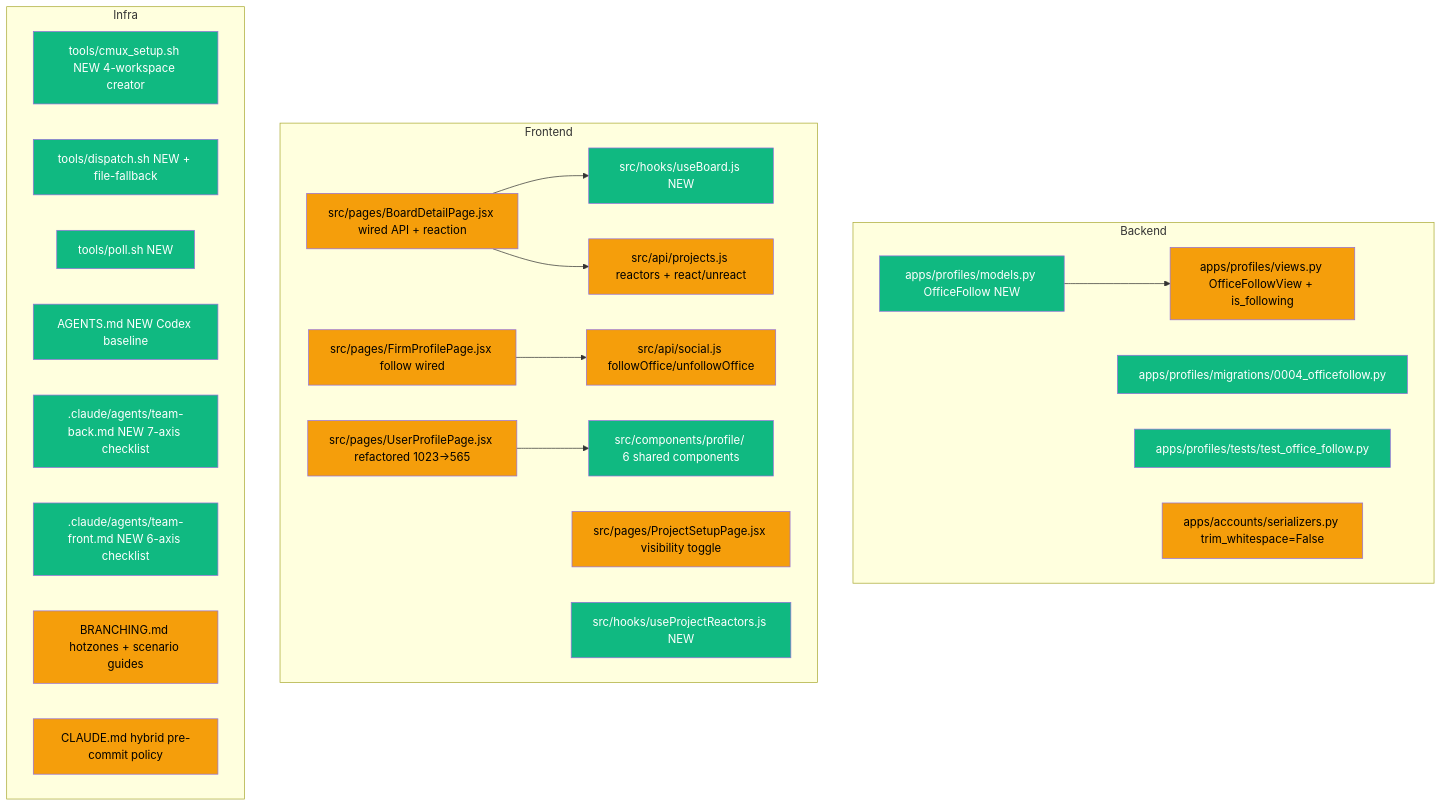
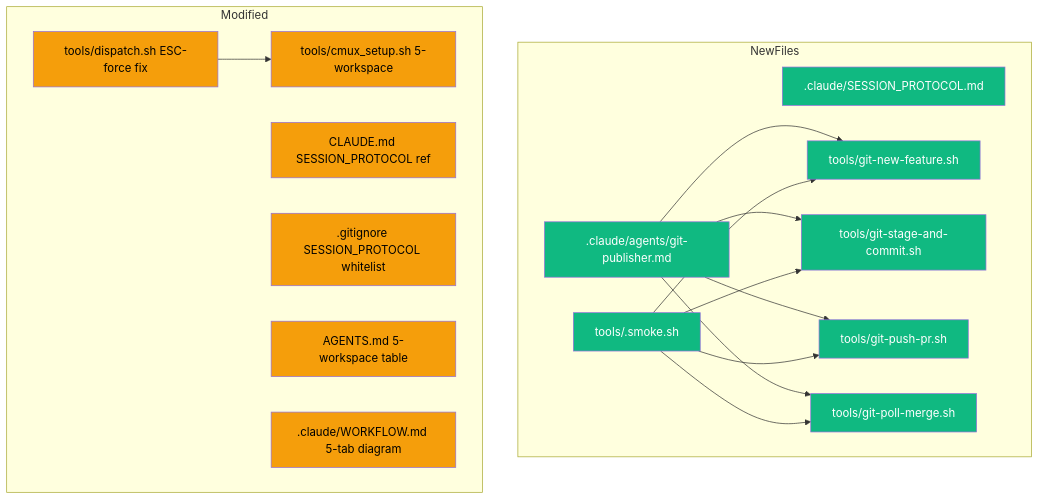
The eighth of 8 diagrams in .claude/Report.md (hongikarchi/archi-tinder), drawn with Mermaid before and after one commit. The commit also changed other lines of this file and 53 other files, not shown here.

First line of the commit message:
Deploy: PR #3-#10 (workflow infra + meta-cleanup + MINOR-3-PACK + CI pytest revival) (#11)

````diff
--- a/.claude/Report.md
+++ b/.claude/Report.md
@@ -488,40 +488,33 @@
 ```mermaid
 graph TD
-    subgraph Backend
-        office_follow[apps/profiles/models.py OfficeFollow NEW]:::new
-        profiles_views[apps/profiles/views.py OfficeFollowView + is_following]:::modified
-        profiles_migration_0004[apps/profiles/migrations/0004_officefollow.py]:::new
-        test_office_follow[apps/profiles/tests/test_office_follow.py]:::new
-        accounts_serializers[apps/accounts/serializers.py trim_whitespace=False]:::modified
+    subgraph NewFiles
+        session_protocol[.claude/SESSION_PROTOCOL.md]:::new
+        git_publisher[.claude/agents/git-publisher.md]:::new
+        smoke_sh[tools/.smoke.sh]:::new
+        git_new_feature[tools/git-new-feature.sh]:::new
+        git_stage_commit[tools/git-stage-and-commit.sh]:::new
+        git_push_pr[tools/git-push-pr.sh]:::new
+        git_poll_merge[tools/git-poll-merge.sh]:::new
     end
-    subgraph Frontend
-        BoardDetailPage[src/pages/BoardDetailPage.jsx wired API + reaction]:::modified
-        ProjectSetupPage[src/pages/ProjectSetupPage.jsx visibility toggle]:::modified
-        FirmProfilePage[src/pages/FirmProfilePage.jsx follow wired]:::modified
-        UserProfilePage[src/pages/UserProfilePage.jsx refactored 1023→565]:::modified
-        components_profile[src/components/profile/ 6 shared components]:::new
-        useBoard[src/hooks/useBoard.js NEW]:::new
-        useProjectReactors[src/hooks/useProjectReactors.js NEW]:::new
-        api_projects[src/api/projects.js reactors + react/unreact]:::modified
-        api_social[src/api/social.js followOffice/unfollowOffice]:::modified
+    subgraph Modified
+        dispatch_sh[tools/dispatch.sh ESC-force fix]:::modified
+        cmux_setup[tools/cmux_setup.sh 5-workspace]:::modified
+        claude_md[CLAUDE.md SESSION_PROTOCOL ref]:::modified
+        gitignore[.gitignore SESSION_PROTOCOL whitelist]:::modified
+        agents_md[AGENTS.md 5-workspace table]:::modified
+        workflow_md[.claude/WORKFLOW.md 5-tab diagram]:::modified
     end
-    subgraph Infra
-        cmux_setup[tools/cmux_setup.sh NEW 4-workspace creator]:::new
-        dispatch_sh[tools/dispatch.sh NEW + file-fallback]:::new
-        poll_sh[tools/poll.sh NEW]:::new
-        agents_md[AGENTS.md NEW Codex baseline]:::new
-        team_back[.claude/agents/team-back.md NEW 7-axis checklist]:::new
-        team_front[.claude/agents/team-front.md NEW 6-axis checklist]:::new
-        branching[BRANCHING.md hotzones + scenario guides]:::modified
-        claude_md[CLAUDE.md hybrid pre-commit policy]:::modified
-    end
-    office_follow --> profiles_views
-    BoardDetailPage --> useBoard
-    BoardDetailPage --> api_projects
-    FirmProfilePage --> api_social
-    UserProfilePage --> components_profile
+    git_publisher --> git_new_feature
+    git_publisher --> git_stage_commit
+    git_publisher --> git_push_pr
+    git_publisher --> git_poll_merge
+    smoke_sh --> git_new_feature
+    smoke_sh --> git_stage_commit
+    smoke_sh --> git_push_pr
+    smoke_sh --> git_poll_merge
+    dispatch_sh --> cmux_setup
 
     classDef new fill:#10b981,color:#fff
     classDef modified fill:#f59e0b,color:#000
     classDef deleted fill:#ef4444,color:#fff
 ```
````
